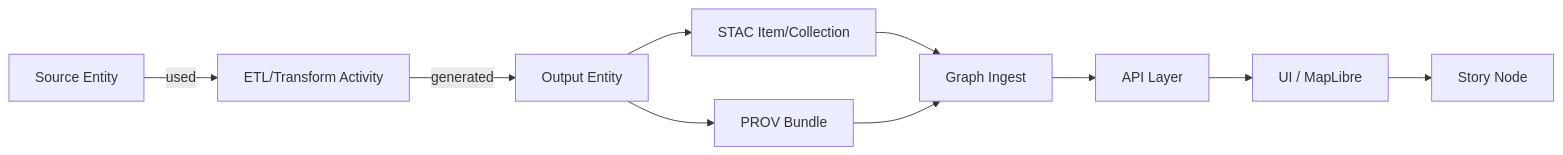
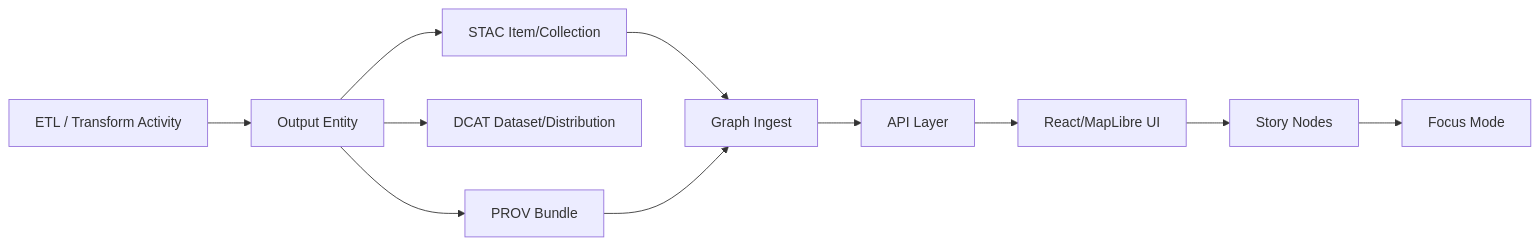
One commit to bartytime4life/Kansas-Frontier-Matrix changed the first of 2 diagrams in docs/patterns/provenance/README.md. Above: the diagram before and after it, drawn with Mermaid. The commit also changed other lines of this file, not shown here.

```diff
--- a/docs/patterns/provenance/README.md
+++ b/docs/patterns/provenance/README.md
@@ -220,12 +219,13 @@
 ~~~mermaid
 flowchart LR
-  S[Source Entity] -->|used| A[ETL/Transform Activity]
-  A -->|generated| O[Output Entity]
-  O --> C[STAC Item/Collection]
-  O --> P[PROV Bundle]
+  A[ETL / Transform Activity] --> B[Output Entity]
+  B --> C[STAC Item/Collection]
+  B --> D[DCAT Dataset/Distribution]
+  B --> E[PROV Bundle]
   C --> G[Graph Ingest]
-  P --> G
+  E --> G
   G --> API[API Layer]
-  API --> UI[UI / MapLibre]
-  UI --> SN[Story Node]
+  API --> UI[React/MapLibre UI]
+  UI --> SN[Story Nodes]
+  SN --> FM[Focus Mode]
 ~~~
```
